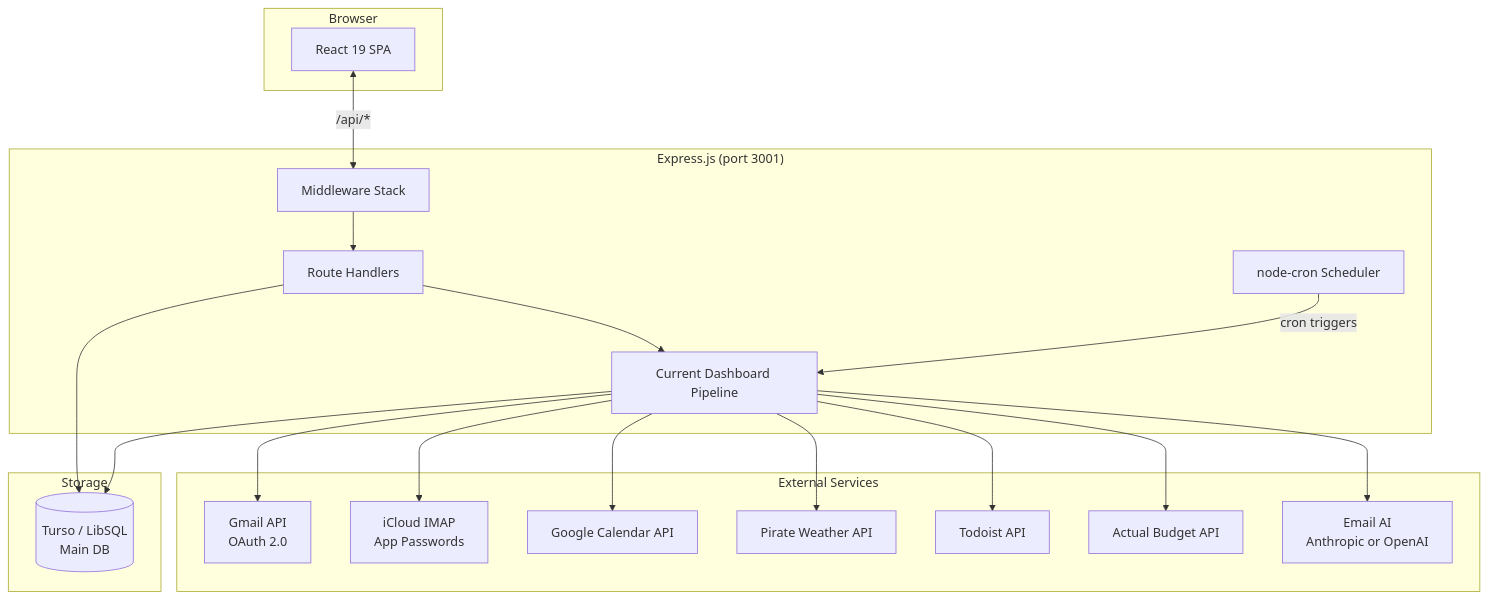
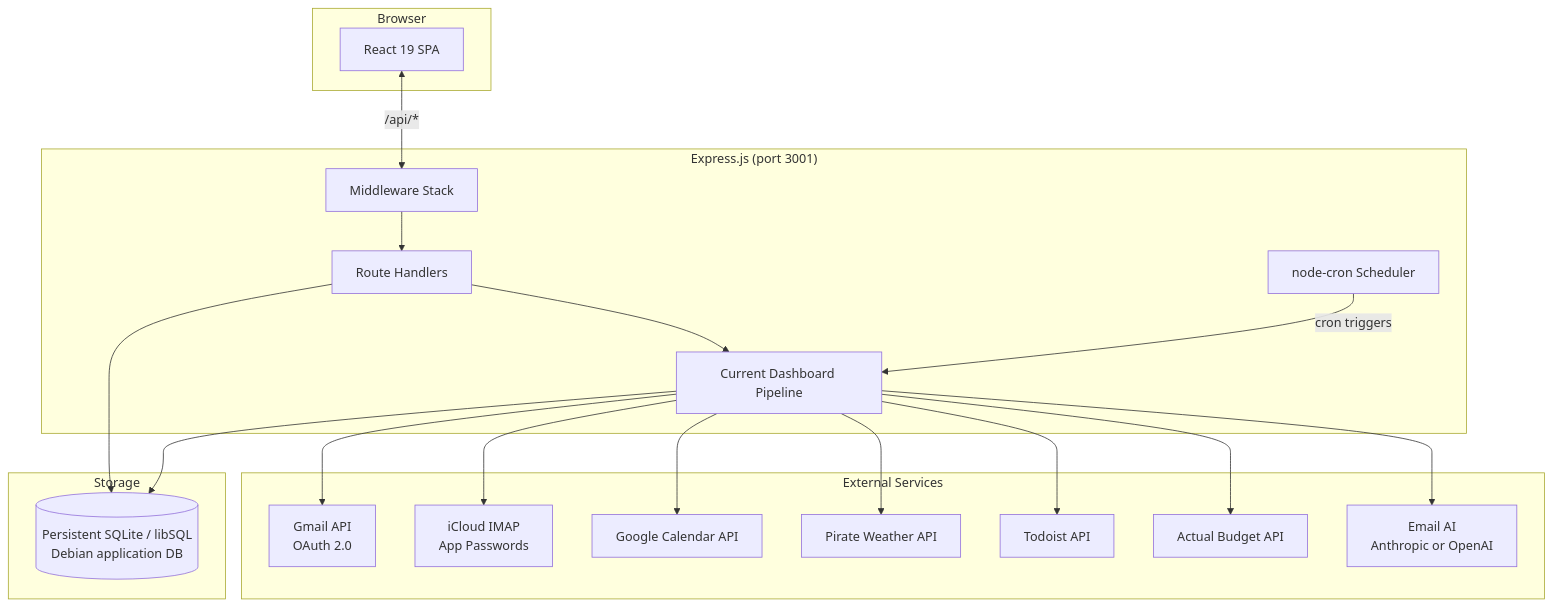
Before and after one commit to ansidian/Setpoint: the first of 6 diagrams in ARCHITECTURE.md, drawn with Mermaid. The commit also changed other lines of this file and 8 other files, not shown here.

````diff
--- a/ARCHITECTURE.md
+++ b/ARCHITECTURE.md
@@ -7,36 +7,36 @@
 ```mermaid
 graph TB
     subgraph Browser
         SPA[React 19 SPA]
     end
 
     subgraph Server["Express.js (port 3001)"]
         MW[Middleware Stack]
         Routes[Route Handlers]
         Pipeline[Current Dashboard Pipeline]
         Scheduler[node-cron Scheduler]
     end
 
     subgraph External["External Services"]
         Gmail[Gmail API<br/>OAuth 2.0]
         iCloud[iCloud IMAP<br/>App Passwords]
         GCal[Google Calendar API]
         Weather[Pirate Weather API]
         Todoist[Todoist API]
         Actual[Actual Budget API]
         EmailAI[Email AI<br/>Anthropic or OpenAI]
     end
 
     subgraph Storage
-        Turso[(Turso / LibSQL<br/>Main DB)]
+        DB[(Persistent SQLite / libSQL<br/>Debian application DB)]
     end
 
     SPA <-->|/api/*| MW
     MW --> Routes
     Routes --> Pipeline
     Scheduler -->|cron triggers| Pipeline
     Pipeline --> Gmail & iCloud & GCal & Weather & Todoist & Actual
     Pipeline --> EmailAI
-    Routes --> Turso
-    Pipeline --> Turso
+    Routes --> DB
+    Pipeline --> DB
 ```
````
